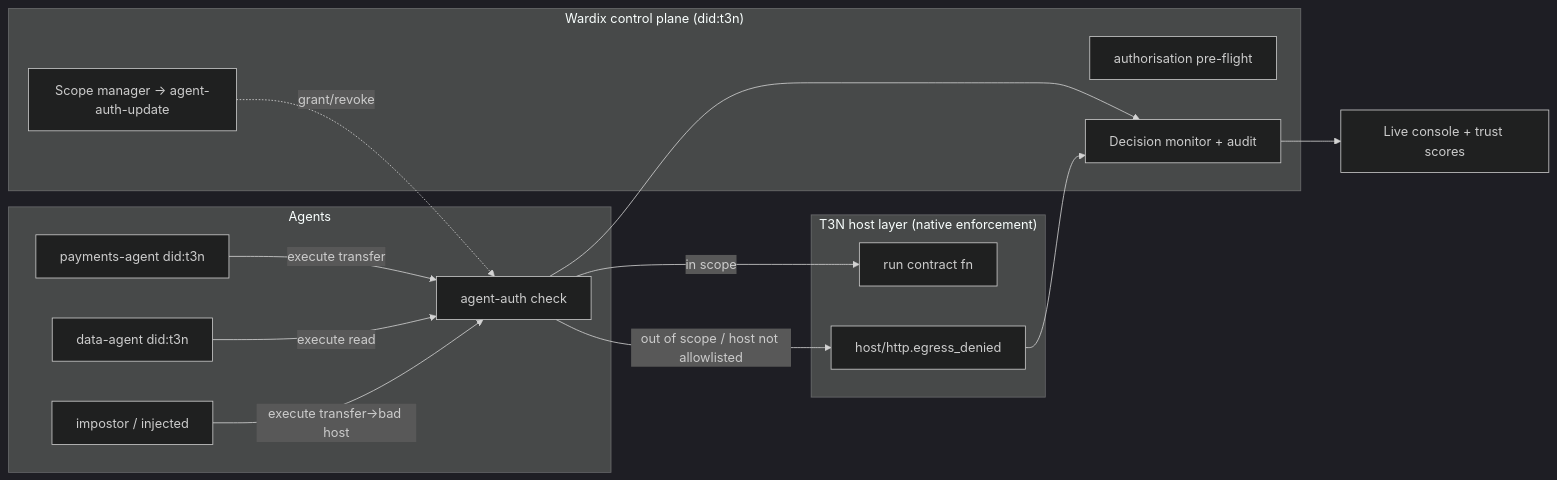
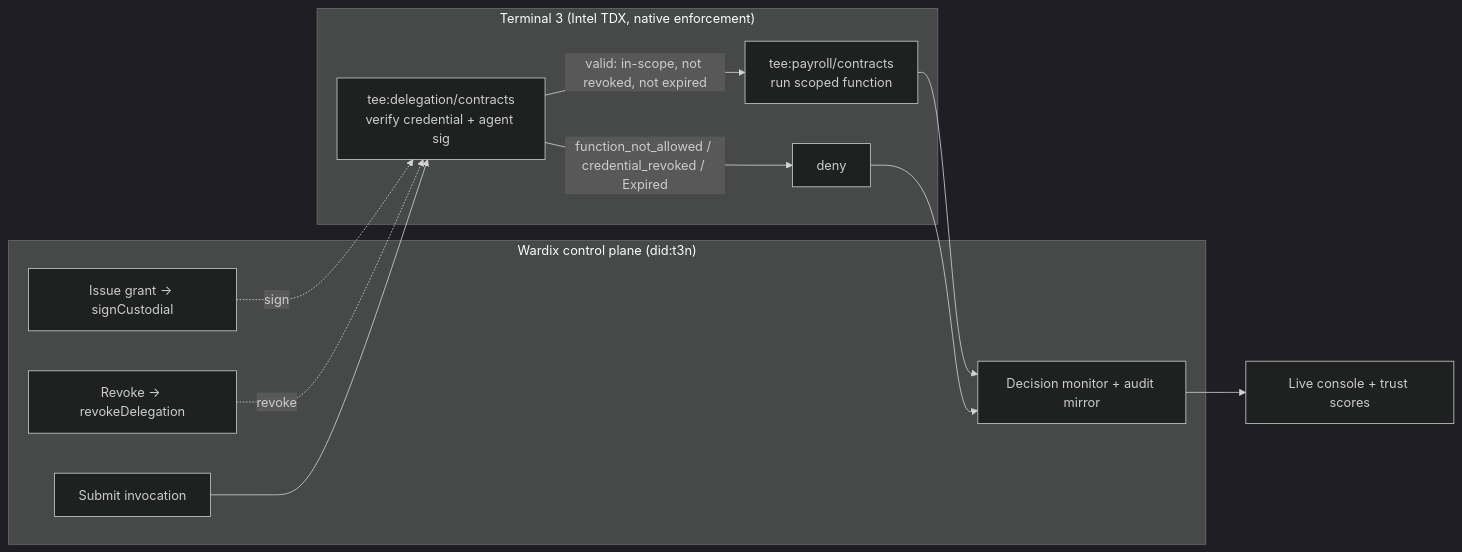
One commit to edycutjong/wardix changed the diagram in docs/ARCHITECTURE.md. Above: the diagram before and after it, drawn with Mermaid (dark theme). The commit also changed other lines of this file and 11 other files, not shown here.

First line of the commit message:
feat: wire in real Terminal 3 delegation (@terminal3/t3n-sdk) — replace simulation

````diff
--- a/docs/ARCHITECTURE.md
+++ b/docs/ARCHITECTURE.md
@@ -17,21 +29,21 @@
 ```mermaid
 flowchart LR
-    subgraph Agents
-      PA[payments-agent did:t3n] -->|execute transfer| HOST
-      DA[data-agent did:t3n] -->|execute read| HOST
-      IMP[impostor / injected] -->|execute transfer→bad host| HOST
+    subgraph Wardix["Wardix control plane (did:t3n)"]
+      ISSUE[Issue grant → signCustodial]
+      INV[Submit invocation]
+      REV[Revoke → revokeDelegation]
+      MON[Decision monitor + audit mirror]
     end
-    subgraph T3["T3N host layer (native enforcement)"]
-      HOST[agent-auth check] -->|in scope| RUN[run contract fn]
-      HOST -->|out of scope / host not allowlisted| DENY[host/http.egress_denied]
+    subgraph T3["Terminal 3 (Intel TDX, native enforcement)"]
+      DEL[tee:delegation/contracts<br/>verify credential + agent sig]
+      PAY[tee:payroll/contracts<br/>run scoped function]
+      DEL -->|valid: in-scope, not revoked, not expired| PAY
+      DEL -->|function_not_allowed / credential_revoked / Expired| DENY[deny]
     end
-    subgraph Wardix["Wardix control plane (did:t3n)"]
-      MGR[Scope manager → agent-auth-update]
-      PRE[authorisation pre-flight]
-      MON[Decision monitor + audit]
-    end
-    MGR -. grant/revoke .-> HOST
-    HOST --> MON
+    ISSUE -. sign .-> DEL
+    REV -. revoke .-> DEL
+    INV --> DEL
+    PAY --> MON
     DENY --> MON
     MON --> CON[Live console + trust scores]
 ```
````
